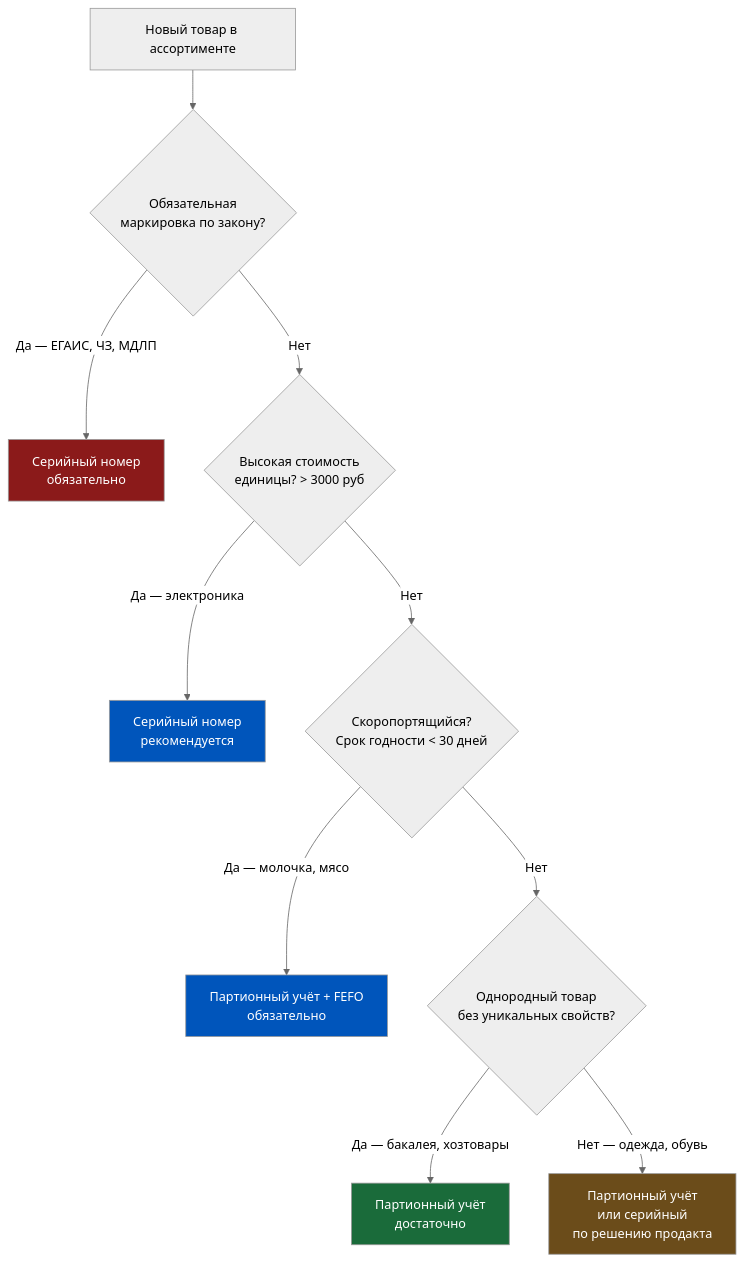
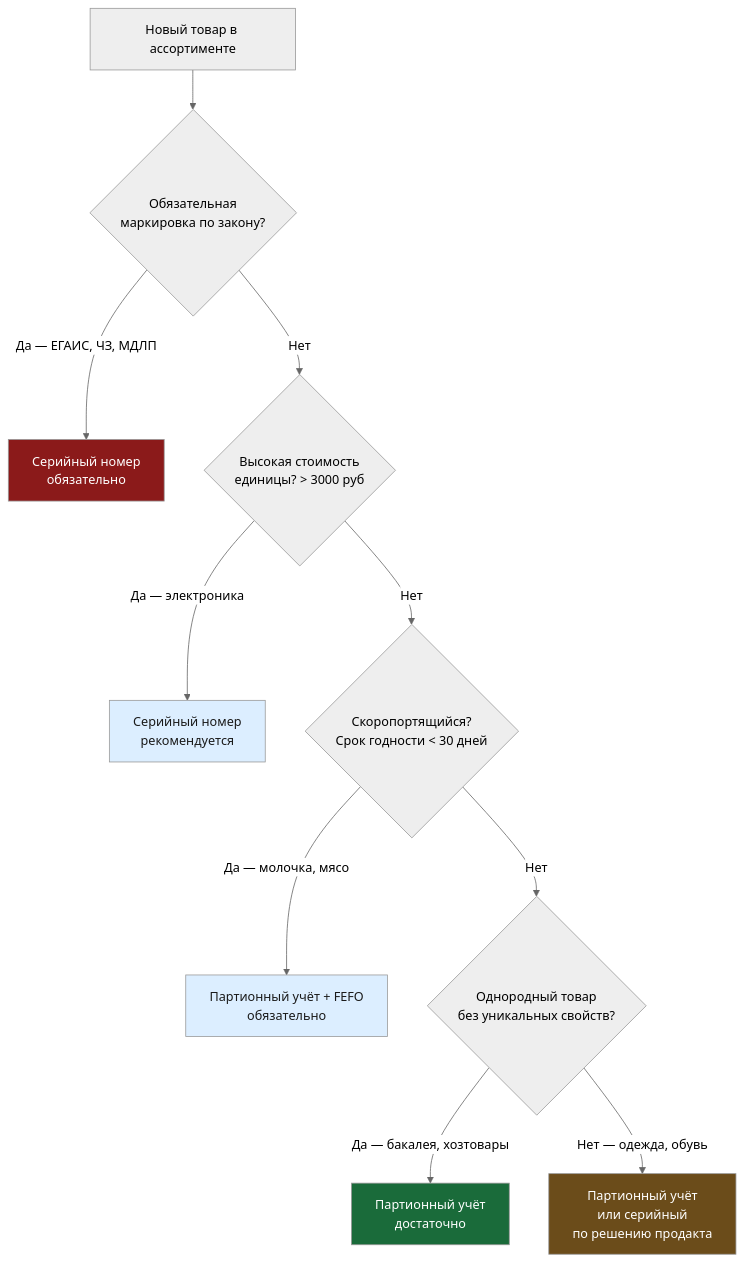
One commit to murad1986/1c-erp-quartz changed the fourth of 7 diagrams in content/1c-erp/week_4/Неделя 4 - День 3 - Партионный учет и серийные номера.md. Above: the diagram before and after it, drawn with Mermaid (neutral theme). The commit also changed other lines of this file and 57 other files, not shown here.

First line of the commit message:
fix: Mermaid — пастельные цвета в источниках диаграмм (56 файлов)

````diff
--- a/content/1c-erp/week_4/Неделя 4 - День 3 - Партионный учет и серийные номера.md
+++ b/content/1c-erp/week_4/Неделя 4 - День 3 - Партионный учет и серийные номера.md
@@ -236,18 +236,18 @@
 ```mermaid
 graph TD
     A[Новый товар в ассортименте] --> B{Обязательная<br/>маркировка по закону?}
     B -->|Да — ЕГАИС, ЧЗ, МДЛП| C[Серийный номер<br/>обязательно]
     B -->|Нет| D{Высокая стоимость<br/>единицы? > 3000 руб}
     D -->|Да — электроника| E[Серийный номер<br/>рекомендуется]
     D -->|Нет| F{Скоропортящийся?<br/>Срок годности < 30 дней}
     F -->|Да — молочка, мясо| G[Партионный учёт + FEFO<br/>обязательно]
     F -->|Нет| H{Однородный товар<br/>без уникальных свойств?}
     H -->|Да — бакалея, хозтовары| I[Партионный учёт<br/>достаточно]
     H -->|Нет — одежда, обувь| J[Партионный учёт<br/>или серийный<br/>по решению продакта]
 
     style C fill:#8B1A1A,color:#fff
-    style E fill:#0055BB,color:#fff
-    style G fill:#0055BB,color:#fff
+    style E fill:#dceeff,color:#1a1a1a
+    style G fill:#dceeff,color:#1a1a1a
     style I fill:#1a6b3a,color:#fff
     style J fill:#6B4C1A,color:#fff
 ```
````
